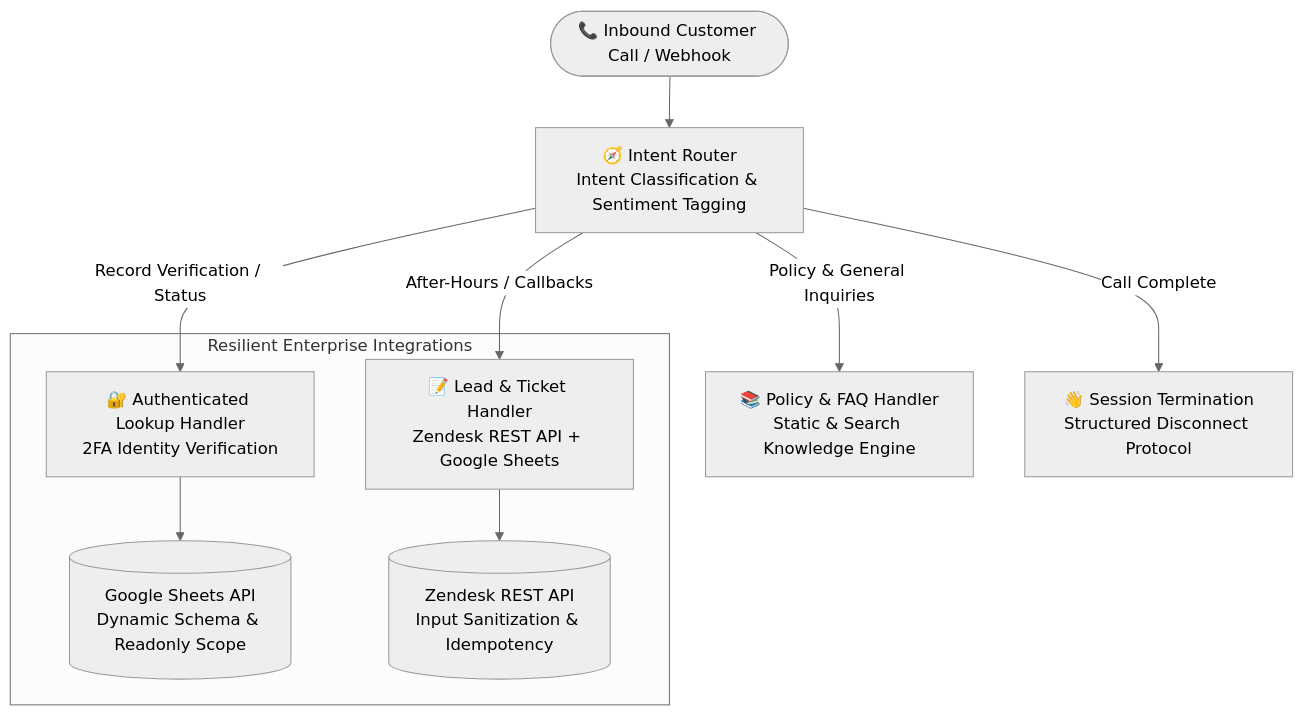
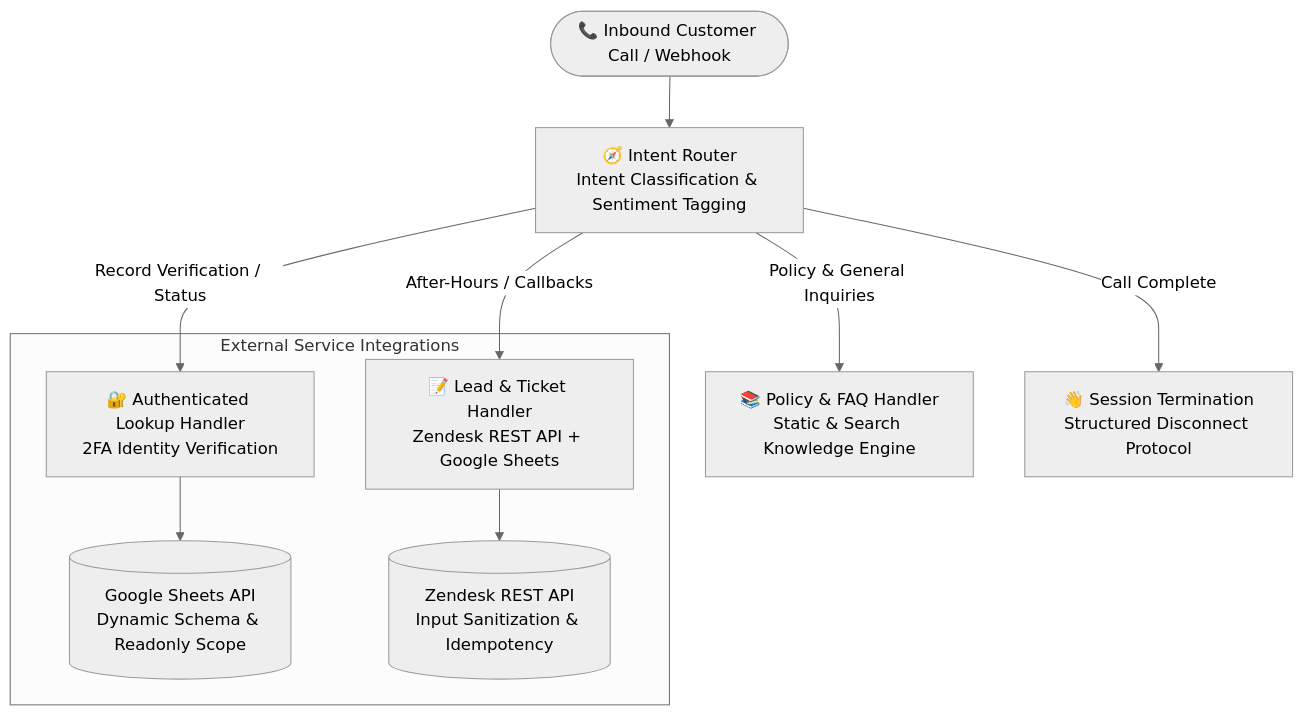
One commit to dnguyen029/receptionist-template changed the first of 2 diagrams in README.md. Above: the diagram before and after it, drawn with Mermaid (neutral theme). The commit also changed other lines of this file, not shown here.

````diff
--- a/README.md
+++ b/README.md
@@ -20,14 +20,14 @@
 ```mermaid
 flowchart TD
     InboundCall([📞 Inbound Customer Call / Webhook]) --> Router[🧭 Intent Router\nIntent Classification & Sentiment Tagging]
     
     Router -->|Record Verification / Status| Lookup[🔐 Authenticated Lookup Handler\n2FA Identity Verification]
     Router -->|Policy & General Inquiries| FAQ[📚 Policy & FAQ Handler\nStatic & Search Knowledge Engine]
     Router -->|After-Hours / Callbacks| LeadCapture[📝 Lead & Ticket Handler\nZendesk REST API + Google Sheets]
     Router -->|Call Complete| Exit[👋 Session Termination\nStructured Disconnect Protocol]
 
-    subgraph Integrations [Resilient Enterprise Integrations]
+    subgraph Integrations [External Service Integrations]
         Lookup --> Sheets[(Google Sheets API\nDynamic Schema & Readonly Scope)]
         LeadCapture --> Zendesk[(Zendesk REST API\nInput Sanitization & Idempotency)]
     end
 ```
````
